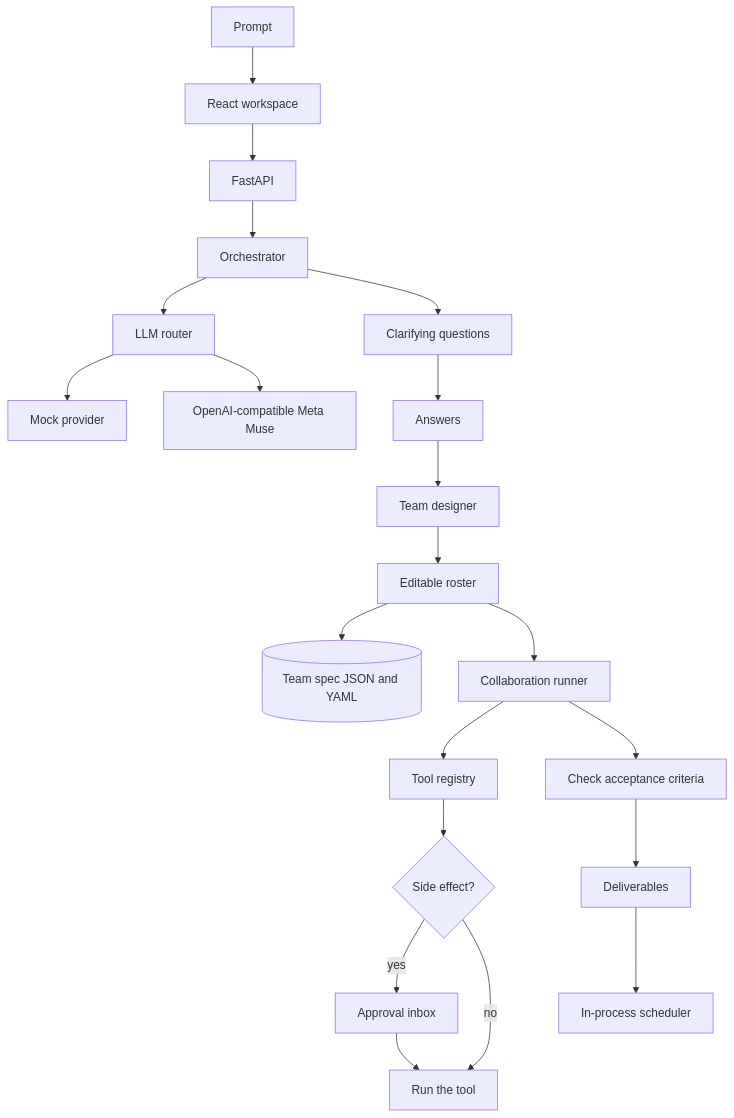
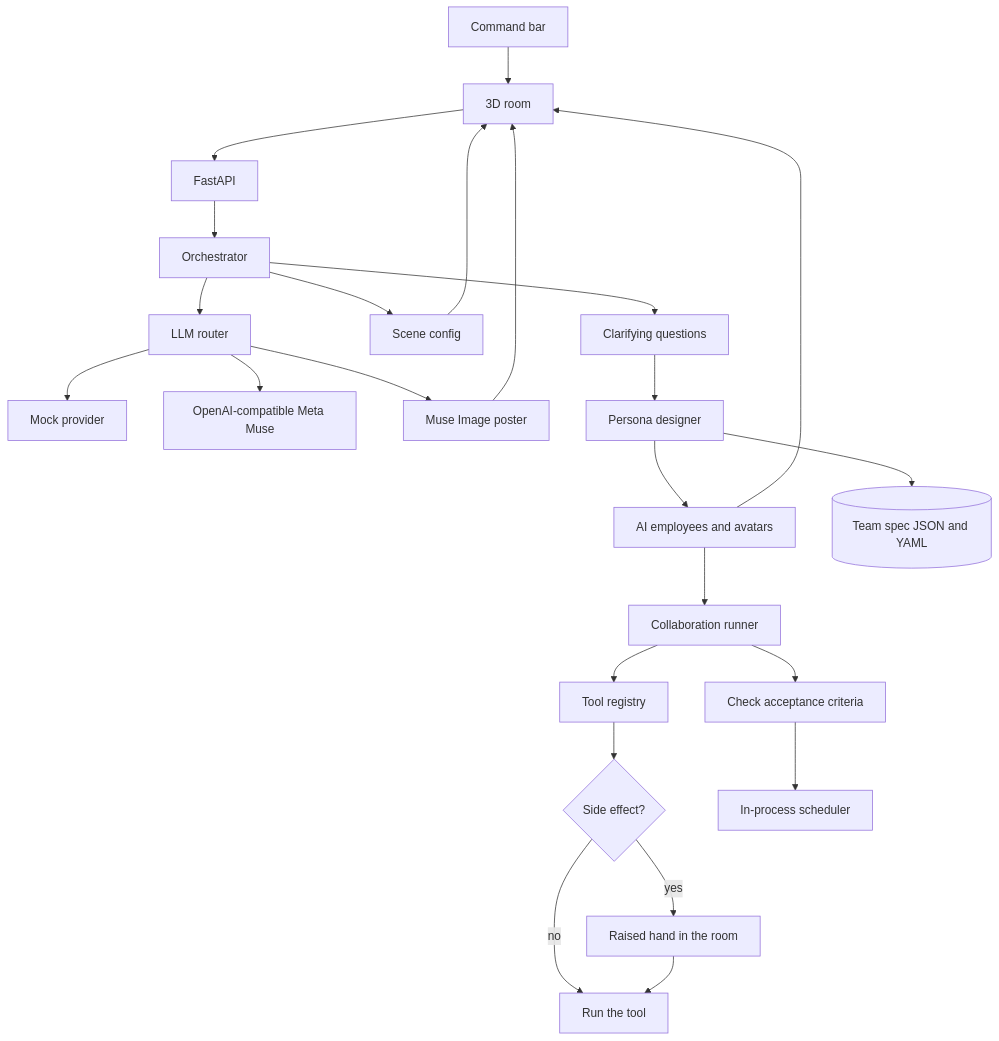
One commit to ZaakirHussain5/multi-agent-abstract-process-automation-copilot changed the diagram in README.md. Above: the diagram before and after it, drawn with Mermaid. The commit also changed other lines of this file and 24 other files, not shown here.

First line of the commit message:
Move the team into a 3D room with roles invented from the brief.

````diff
--- a/README.md
+++ b/README.md
@@ -70,23 +70,26 @@
 ```mermaid
 flowchart TD
-  user[Prompt] --> ui[React workspace]
-  ui --> api[FastAPI]
+  user[Command bar] --> world[3D room]
+  world --> api[FastAPI]
   api --> orch[Orchestrator]
   orch --> llm[LLM router]
   llm --> mock[Mock provider]
   llm --> muse[OpenAI-compatible Meta Muse]
+  orch --> scene[Scene config]
+  scene --> world
+  llm --> poster[Muse Image poster]
+  poster --> world
   orch --> questions[Clarifying questions]
-  questions --> answers[Answers]
-  answers --> design[Team designer]
-  design --> editor[Editable roster]
-  editor --> spec[(Team spec JSON and YAML)]
-  editor --> run[Collaboration runner]
+  questions --> design[Persona designer]
+  design --> employees[AI employees and avatars]
+  employees --> world
+  design --> spec[(Team spec JSON and YAML)]
+  employees --> run[Collaboration runner]
   run --> registry[Tool registry]
   registry --> gate{Side effect?}
-  gate -->|yes| inbox[Approval inbox]
+  gate -->|yes| hand[Raised hand in the room]
   gate -->|no| exec[Run the tool]
-  inbox --> exec
+  hand --> exec
   run --> verify[Check acceptance criteria]
-  verify --> deliverables[Deliverables]
-  deliverables --> jobs[In-process scheduler]
+  verify --> jobs[In-process scheduler]
 ```
````
